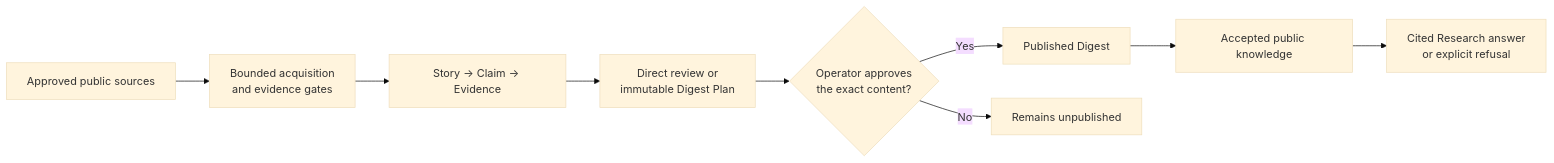
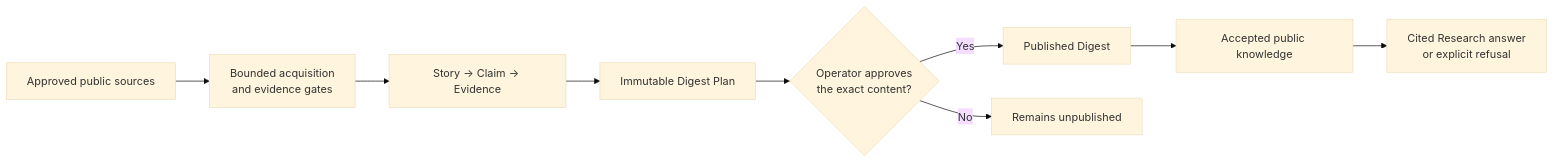
Before and after one commit to Ev3rGan/ai-ledger: the diagram in README.md, drawn with Mermaid (base theme). The commit also changed other lines of this file and 34 other files, not shown here.

````diff
--- a/README.md
+++ b/README.md
@@ -86,11 +88,11 @@
 ```mermaid
 flowchart LR
     A["Approved public sources"] --> B["Bounded acquisition<br/>and evidence gates"]
     B --> C["Story → Claim → Evidence"]
-    C --> D["Direct review or<br/>immutable Digest Plan"]
+    C --> D["Immutable Digest Plan"]
     D --> E{"Operator approves<br/>the exact content?"}
     E -- "Yes" --> F["Published Digest"]
     E -- "No" --> G["Remains unpublished"]
     F --> H["Accepted public knowledge"]
     H --> I["Cited Research answer<br/>or explicit refusal"]
 ```
````
